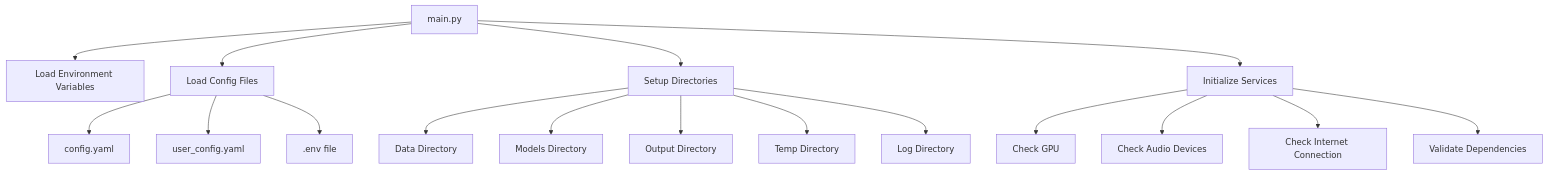
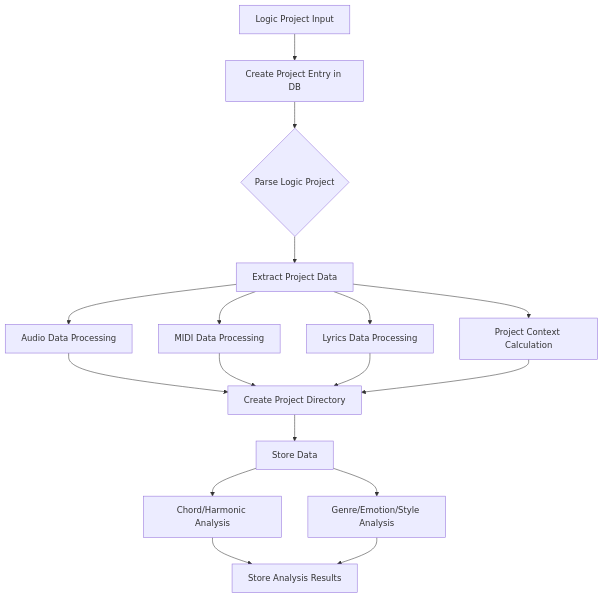
The second of 13 diagrams in .cursor/rules/flows.mdc (yavuztopsever/disco-musica), drawn with Mermaid before and after one commit. The commit also changed other lines of this file and 87 other files, not shown here.

Commit message:
layer architecture implementation

````diff
--- a/.cursor/rules/flows.mdc
+++ b/.cursor/rules/flows.mdc
@@ -52,19 +214,19 @@
 ```mermaid
-flowchart TD
-    A[main.py] --> B[Load Environment Variables]
-    A --> C[Load Config Files]
-    C --> C1[config.yaml]
-    C --> C2[user_config.yaml]
-    C --> C3[.env file]
-    A --> D[Setup Directories]
-    D --> D1[Data Directory]
-    D --> D2[Models Directory]
-    D --> D3[Output Directory]
-    D --> D4[Temp Directory]
-    D --> D5[Log Directory]
-    A --> E[Initialize Services]
-    E --> E1[Check GPU]
-    E --> E2[Check Audio Devices]
-    E --> E3[Check Internet Connection]
-    E --> E4[Validate Dependencies]
+graph TD
+    A[Logic Project Input] --> B[Create Project Entry in DB];
+    B --> C{Parse Logic Project};
+    C --> D[Extract Project Data];
+    D --> E[Audio Data Processing];
+    D --> F[MIDI Data Processing];
+    D --> G[Lyrics Data Processing];
+    D --> H[Project Context Calculation];
+    E --> I[Create Project Directory];
+    F --> I;
+    G --> I;
+    H --> I;
+    I --> J[Store Data];
+    J --> K[Chord/Harmonic Analysis];
+    J --> L[Genre/Emotion/Style Analysis];
+    K --> M[Store Analysis Results];
+    L --> M;
 ```
````
